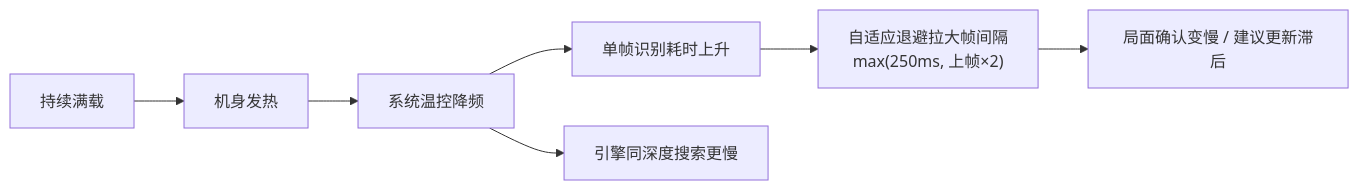
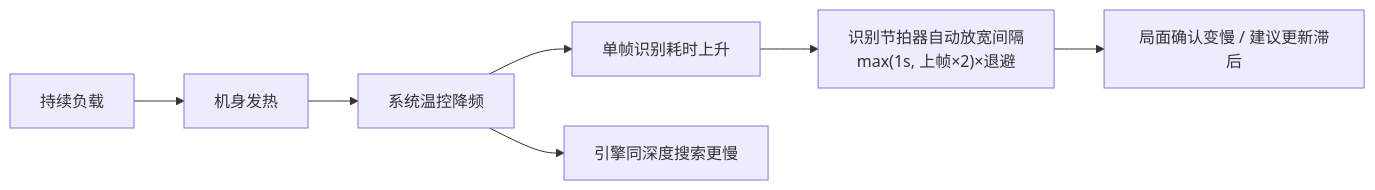
One commit to Silva6c/chess-dike changed the second of 2 diagrams in docs/技术报告.md. Above: the diagram before and after it, drawn with Mermaid. The commit also changed other lines of this file and 50 other files, not shown here.

````diff
--- a/docs/技术报告.md
+++ b/docs/技术报告.md
@@ -295,7 +376,7 @@
 ```mermaid
 flowchart LR
-    C1["持续满载"] --> C2["机身发热"] --> C3["系统温控降频"] --> C4["单帧识别耗时上升"]
-    C4 --> C5["自适应退避拉大帧间隔<br/>max(250ms, 上帧×2)"]
+    C1["持续负载"] --> C2["机身发热"] --> C3["系统温控降频"] --> C4["单帧识别耗时上升"]
+    C4 --> C5["识别节拍器自动放宽间隔<br/>max(1s, 上帧×2)×退避"]
     C5 --> C6["局面确认变慢 / 建议更新滞后"]
     C3 --> C7["引擎同深度搜索更慢"]
 ```
````
